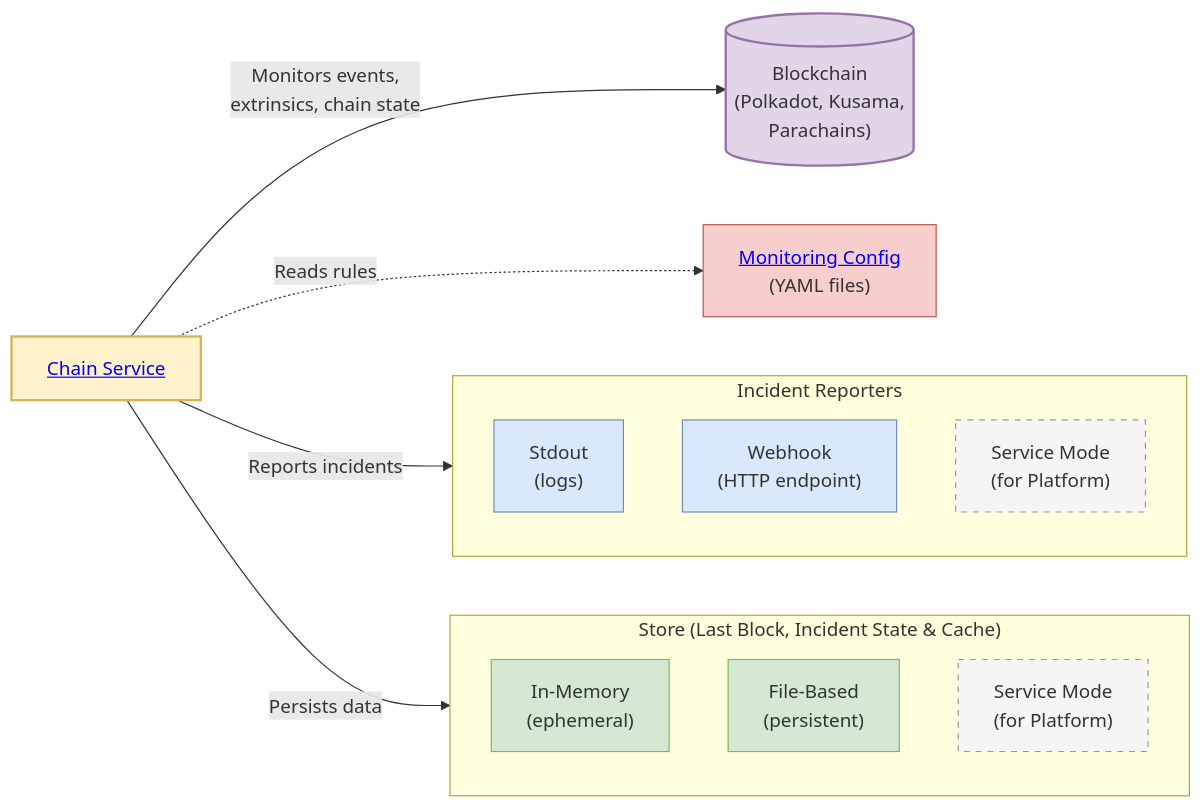
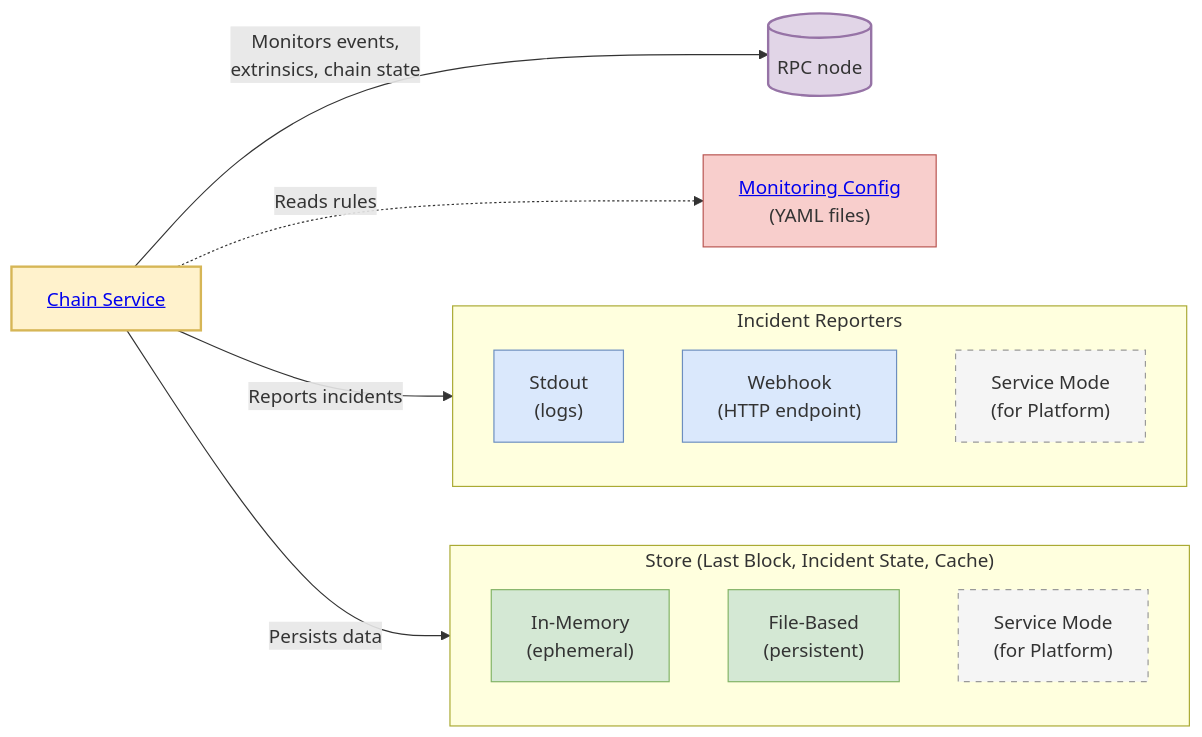
Before and after one commit to w3f/polguard: the first of 2 diagrams in README.md, drawn with Mermaid. The commit also changed other lines of this file and 19 other files, not shown here.

````diff
--- a/README.md
+++ b/README.md
@@ -33,39 +33,39 @@
 ```mermaid
 graph LR
     %% Chain Service
     Chain["<a href='https://github.com/w3f/monitoring-platform/blob/master/packages/chain/README.md' title='Chain Service Documentation'>Chain Service</a>"]:::service
     
     %% Blockchain
-    Blockchain[("Blockchain<br>(Polkadot, Kusama,<br>Parachains)")]:::blockchain
+    Blockchain[("RPC node")]:::blockchain
     
     %% Storage Options
-    subgraph Storage ["Store (Last Block, Incident State & Cache)"]
+    subgraph Storage ["Store (Last Block, Incident State, Cache)"]
         InMemory["In-Memory<br>(ephemeral)"]:::storage
         File["File-Based<br>(persistent)"]:::storage
         ServiceStore["Service Mode<br>(for Platform)"]:::notused
     end
     
     %% Incident Reporters
     subgraph Reporters ["Incident Reporters"]
         Stdout["Stdout<br>(logs)"]:::reporter
         Webhook["Webhook<br>(HTTP endpoint)"]:::reporter
         ServiceReporter["Service Mode<br>(for Platform)"]:::notused
     end
     
     %% Monitoring Config
     Config["<a href='https://github.com/w3f/monitoring-platform/blob/master/packages/config/CONFIG_GUIDE.md' title='Configuration Guide'>Monitoring Config</a><br>(YAML files)"]:::config
     
     %% Connections
     Chain -->|"Monitors events,<br>extrinsics, chain state"| Blockchain
     Chain -.->|"Reads rules"| Config
     Chain -->|"Reports incidents"| Reporters
     Chain -->|"Persists data"| Storage
     
     %% Styling
     classDef service fill:#FFF2CC,stroke:#D6B656,stroke-width:2px
     classDef blockchain fill:#E1D5E7,stroke:#9673A6,stroke-width:2px
     classDef storage fill:#D4E8D4,stroke:#82B366,stroke-width:1px
     classDef reporter fill:#DAE8FC,stroke:#6C8EBF,stroke-width:1px
     classDef config fill:#F8CECC,stroke:#B85450,stroke-width:1px
     classDef notused fill:#F5F5F5,stroke:#999999,stroke-width:1px,stroke-dasharray: 5 5
 ```
````
